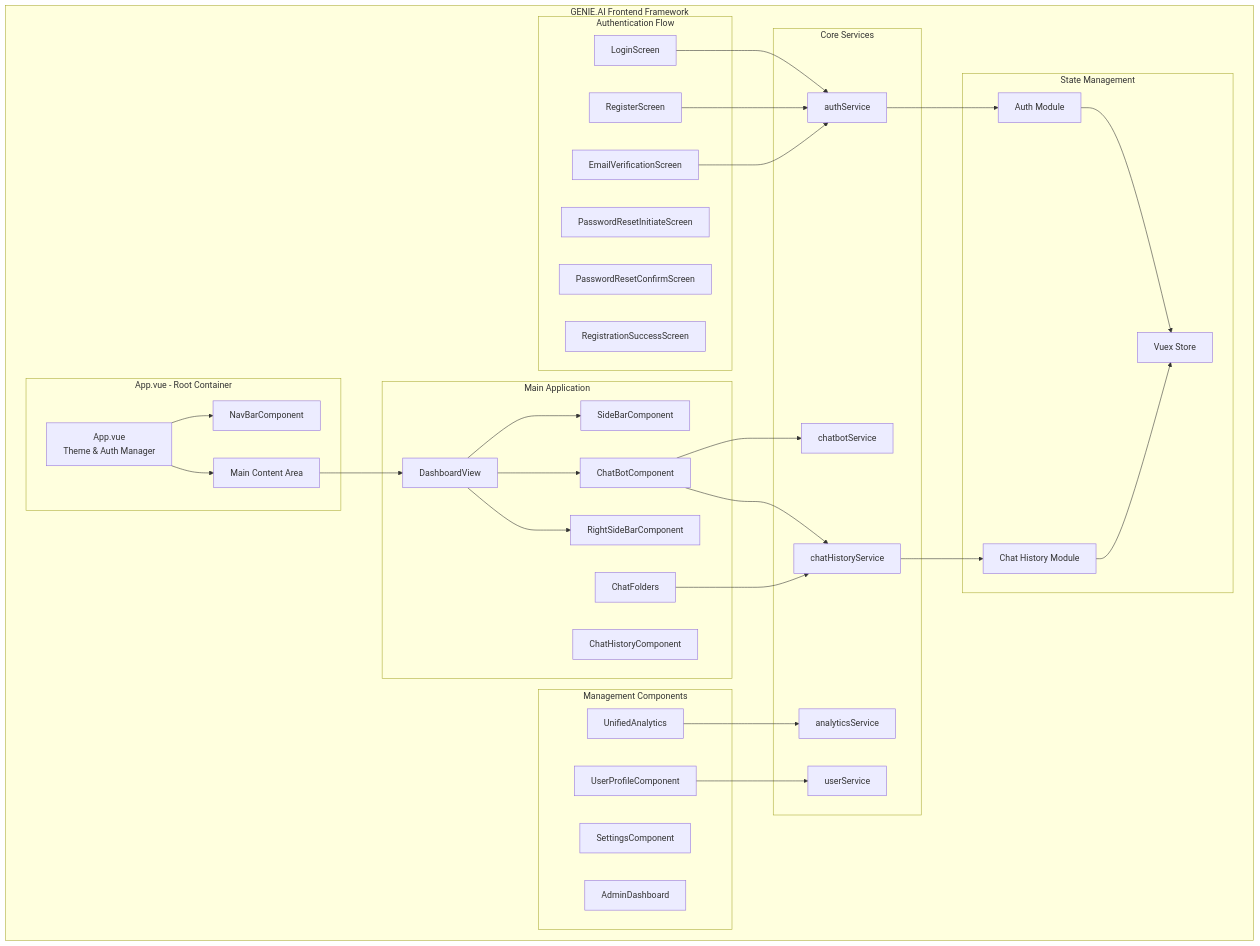
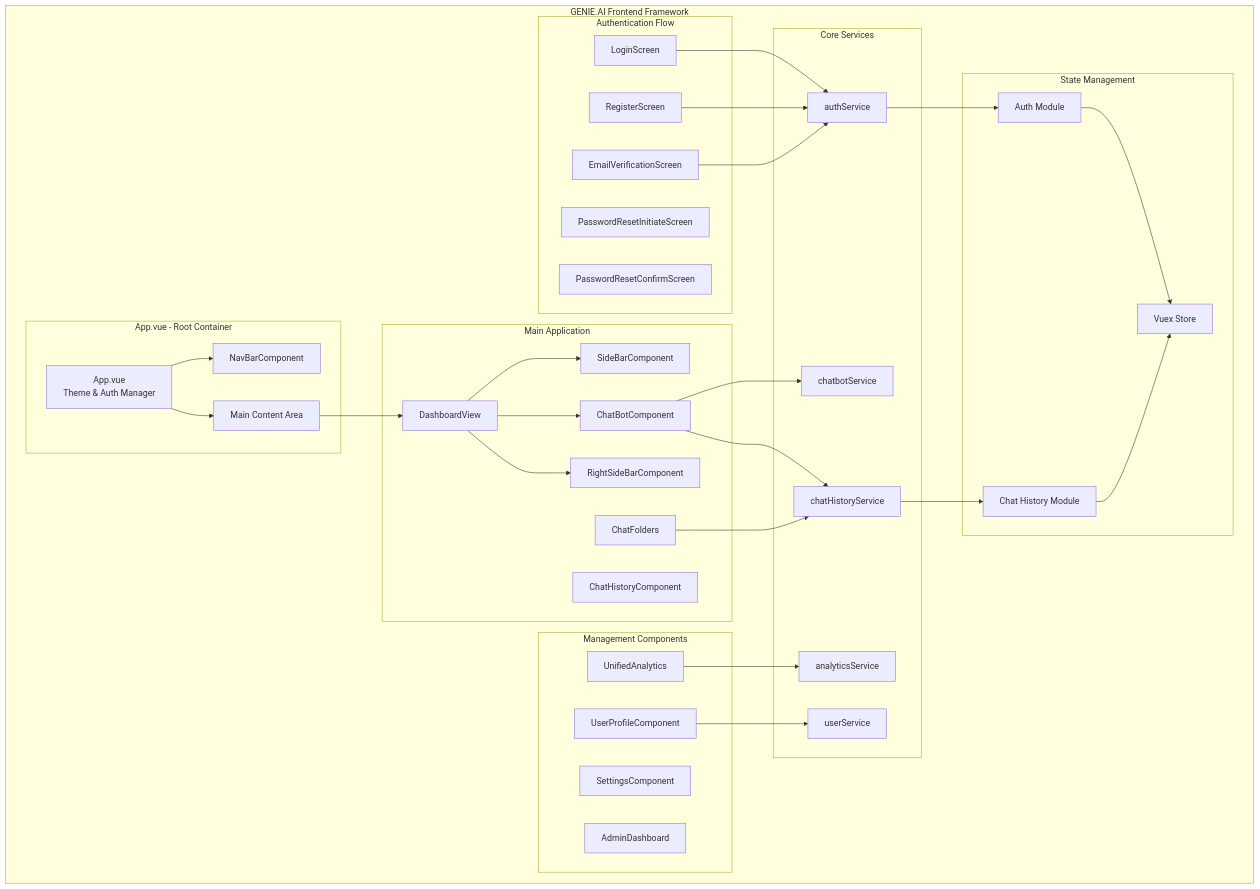
One commit to jrevillard/genie-ai-replica changed the first of 6 diagrams in components/gov-chat-frontend/README.md. Above: the diagram before and after it, drawn with Mermaid. The commit also changed other lines of this file and 85 other files, not shown here.

````diff
--- a/components/gov-chat-frontend/README.md
+++ b/components/gov-chat-frontend/README.md
@@ -346,73 +346,72 @@
 ```mermaid
 graph TB
     subgraph "GENIE.AI Frontend Framework"
         subgraph "App.vue - Root Container"
             APP[App.vue<br/>Theme & Auth Manager]
             NAV[NavBarComponent]
             MAIN[Main Content Area]
         end
         
         subgraph "Authentication Flow"
             LOGIN[LoginScreen]
             REGISTER[RegisterScreen]
             VERIFY[EmailVerificationScreen]
             RESET[PasswordResetInitiateScreen]
             CONFIRM[PasswordResetConfirmScreen]
-            SUCCESS[RegistrationSuccessScreen]
         end
         
         subgraph "Main Application"
             DASH[DashboardView]
             SIDEBAR[SideBarComponent]
             CHAT[ChatBotComponent]
             FOLDERS[ChatFolders]
             HISTORY[ChatHistoryComponent]
             RIGHT[RightSideBarComponent]
         end
         
         subgraph "Management Components"
             ANALYTICS[UnifiedAnalytics]
             PROFILE[UserProfileComponent]
             SETTINGS[SettingsComponent]
             ADMIN[AdminDashboard]
         end
         
         subgraph "Core Services"
             AUTH_SVC[authService]
             USER_SVC[userService]
             CHAT_SVC[chatbotService]
             HIST_SVC[chatHistoryService]
             ANALYTICS_SVC[analyticsService]
         end
         
         subgraph "State Management"
             STORE[Vuex Store]
             AUTH_MODULE[Auth Module]
             CHAT_MODULE[Chat History Module]
         end
     end
     
     APP --> NAV
     APP --> MAIN
     MAIN --> DASH
     DASH --> SIDEBAR
     DASH --> CHAT
     DASH --> RIGHT
     
     LOGIN --> AUTH_SVC
     REGISTER --> AUTH_SVC
     VERIFY --> AUTH_SVC
     
     CHAT --> CHAT_SVC
     CHAT --> HIST_SVC
     FOLDERS --> HIST_SVC
     
     ANALYTICS --> ANALYTICS_SVC
     PROFILE --> USER_SVC
     
     AUTH_SVC --> AUTH_MODULE
     HIST_SVC --> CHAT_MODULE
     
     AUTH_MODULE --> STORE
     CHAT_MODULE --> STORE
 ```
````
